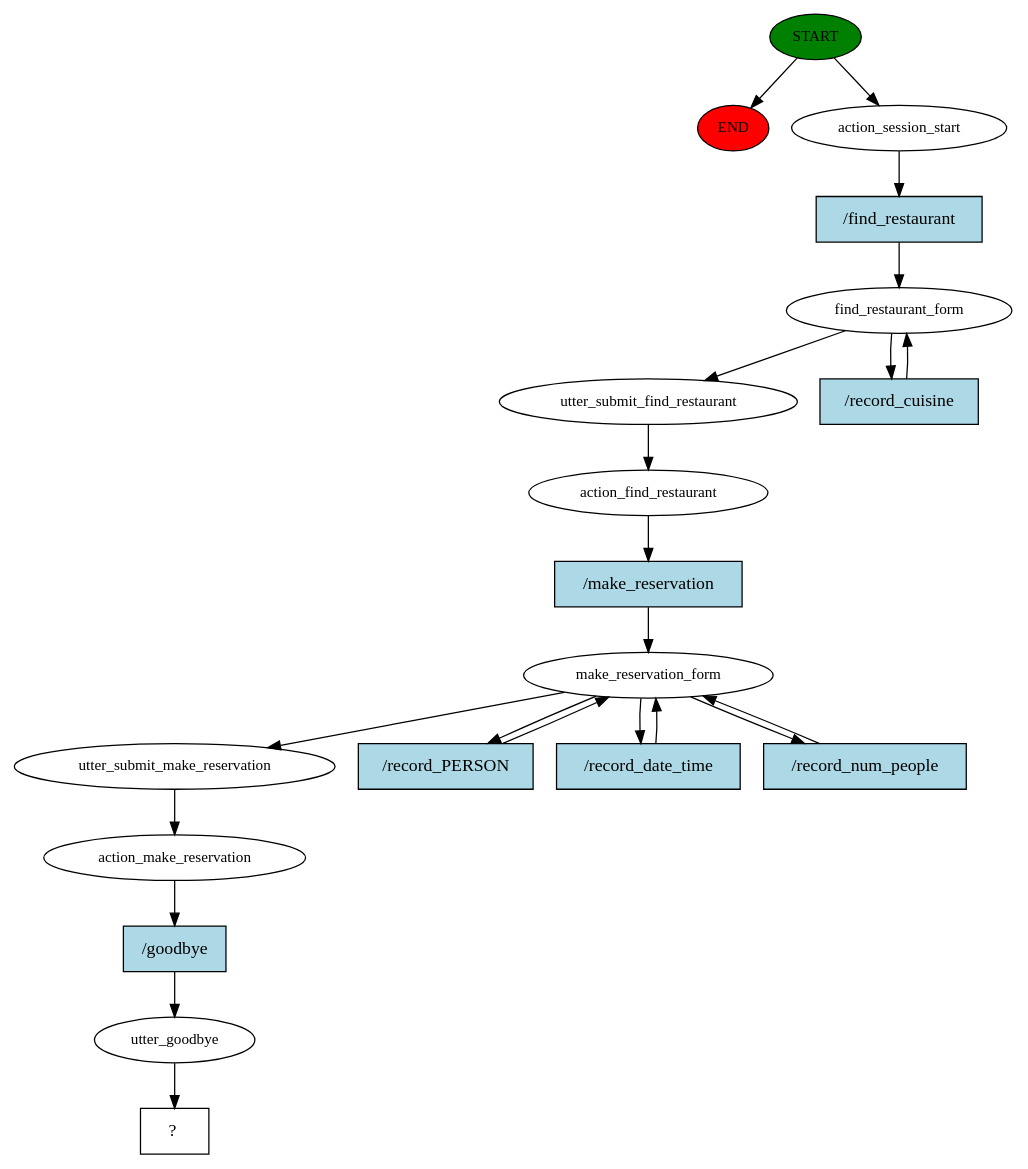
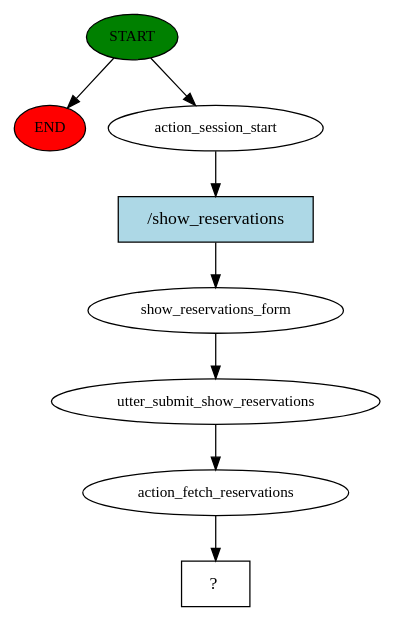
Before and after one commit to AsiaSzych/IU_Voice_Assistants: the diagram in rasa_chatbot/story_graph.dot, drawn with Graphviz. The commit also changed 5 other files, not shown here.

Commit message:
add finding of the closest reservation in the show_reservations task

```diff
--- a/rasa_chatbot/story_graph.dot
+++ b/rasa_chatbot/story_graph.dot
@@ -1,41 +1,17 @@
 digraph  {
 0 [class="start active", fillcolor=green, fontsize=12, label=START, style=filled];
 "-1" [class=end, fillcolor=red, fontsize=12, label=END, style=filled];
 1 [class=active, fontsize=12, label=action_session_start];
-2 [class=active, fontsize=12, label=find_restaurant_form];
-4 [class=active, fontsize=12, label=utter_submit_find_restaurant];
-5 [class=active, fontsize=12, label=action_find_restaurant];
-6 [class=active, fontsize=12, label=make_reservation_form];
-10 [class=active, fontsize=12, label=utter_submit_make_reservation];
-11 [class=active, fontsize=12, label=action_make_reservation];
-12 [class=active, fontsize=12, label=utter_goodbye];
-13 [class="intent dashed active", label="  ?  ", shape=rect];
-14 [class="intent active", fillcolor=lightblue, label="/find_restaurant", shape=rect, style=filled];
-15 [class="intent active", fillcolor=lightblue, label="/record_cuisine", shape=rect, style=filled];
-16 [class="intent active", fillcolor=lightblue, label="/make_reservation", shape=rect, style=filled];
-17 [class="intent active", fillcolor=lightblue, label="/record_PERSON", shape=rect, style=filled];
-18 [class="intent active", fillcolor=lightblue, label="/record_date_time", shape=rect, style=filled];
-19 [class="intent active", fillcolor=lightblue, label="/record_num_people", shape=rect, style=filled];
-20 [class="intent active", fillcolor=lightblue, label="/goodbye", shape=rect, style=filled];
+2 [class=active, fontsize=12, label=show_reservations_form];
+3 [class=active, fontsize=12, label=utter_submit_show_reservations];
+4 [class=active, fontsize=12, label=action_fetch_reservations];
+5 [class="intent dashed active", label="  ?  ", shape=rect];
+6 [class="intent active", fillcolor=lightblue, label="/show_reservations", shape=rect, style=filled];
 0 -> "-1"  [class="", key=NONE, label=""];
 0 -> 1  [class=active, key=NONE, label=""];
-1 -> 14  [class=active, key=0];
-2 -> 4  [class=active, key=NONE, label=""];
-2 -> 15  [class=active, key=0];
+1 -> 6  [class=active, key=0];
+2 -> 3  [class=active, key=NONE, label=""];
+3 -> 4  [class=active, key=NONE, label=""];
 4 -> 5  [class=active, key=NONE, label=""];
-5 -> 16  [class=active, key=0];
-6 -> 10  [class=active, key=NONE, label=""];
-6 -> 17  [class=active, key=0];
-6 -> 18  [class=active, key=0];
-6 -> 19  [class=active, key=0];
-10 -> 11  [class=active, key=NONE, label=""];
-11 -> 20  [class=active, key=0];
-12 -> 13  [class=active, key=NONE, label=""];
-14 -> 2  [class=active, key=0];
-15 -> 2  [class=active, key=0];
-16 -> 6  [class=active, key=0];
-17 -> 6  [class=active, key=0];
-18 -> 6  [class=active, key=0];
-19 -> 6  [class=active, key=0];
-20 -> 12  [class=active, key=0];
+6 -> 2  [class=active, key=0];
 }
```
